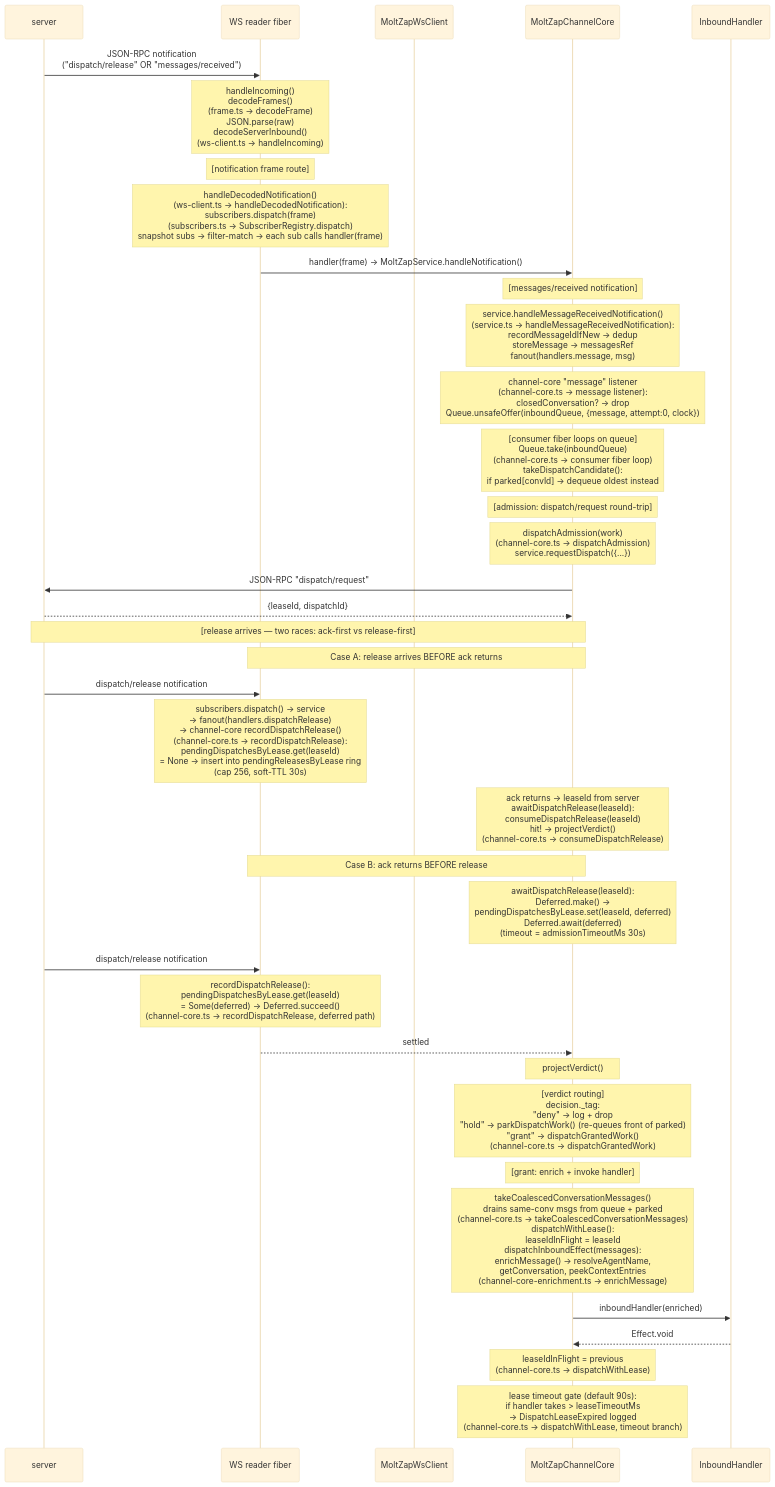
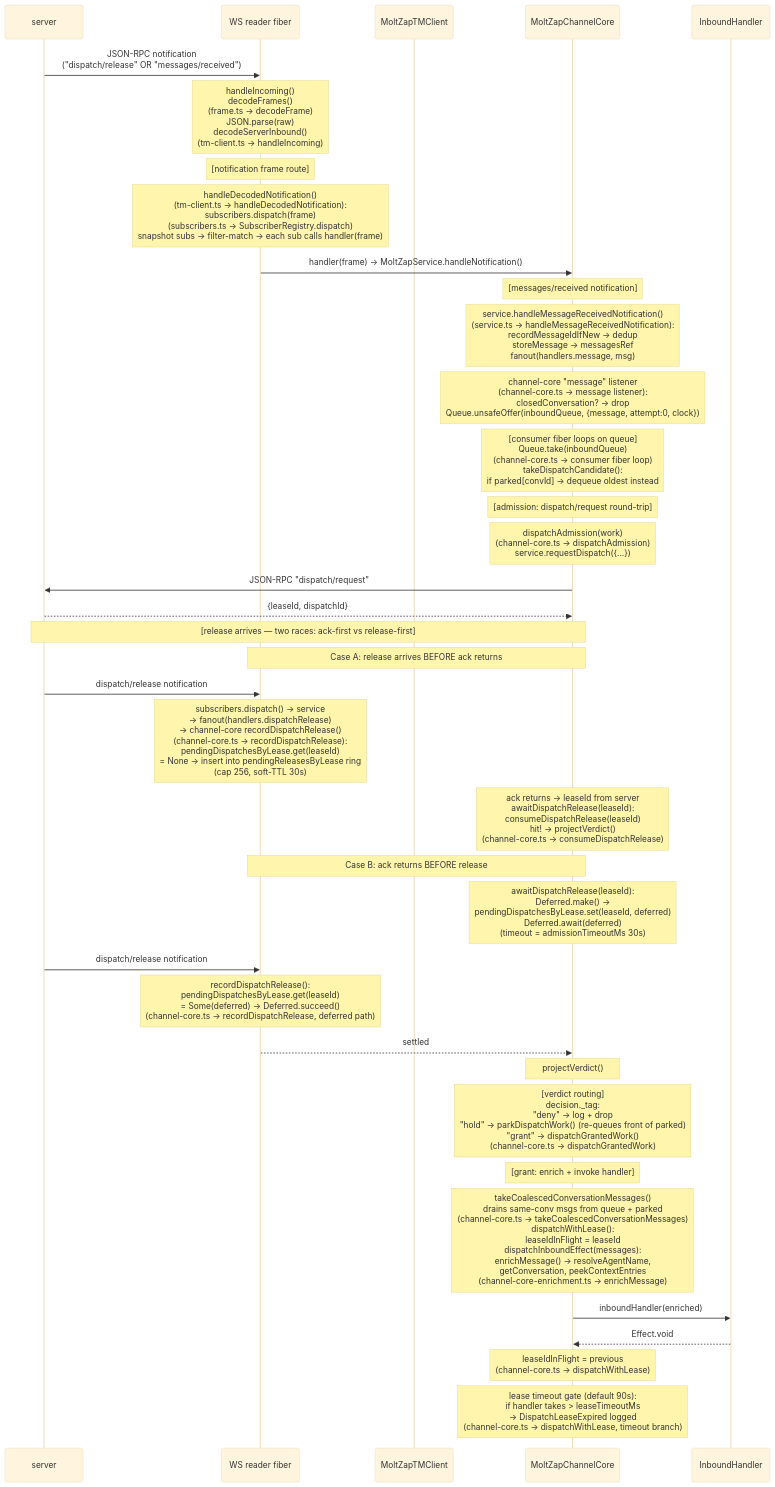
One commit to chughtapan/moltzap changed the diagram in packages/client/docs/architecture/inbound-dispatch.md. Above: the diagram before and after it, drawn with Mermaid (base theme). The commit also changed 14 other files, not shown here.

````diff
--- a/packages/client/docs/architecture/inbound-dispatch.md
+++ b/packages/client/docs/architecture/inbound-dispatch.md
@@ -8,51 +8,51 @@
 ```mermaid
 sequenceDiagram
     participant server
     participant reader as WS reader fiber
-    participant wsClient as MoltZapWsClient
+    participant wsClient as MoltZapTMClient
     participant core as MoltZapChannelCore
     participant handler as InboundHandler
 
     server->>reader: JSON-RPC notification<br>("dispatch/release" OR "messages/received")
-    Note over reader: handleIncoming()<br>decodeFrames()<br>(frame.ts → decodeFrame)<br>JSON.parse(raw)<br>decodeServerInbound()<br>(ws-client.ts → handleIncoming)
+    Note over reader: handleIncoming()<br>decodeFrames()<br>(frame.ts → decodeFrame)<br>JSON.parse(raw)<br>decodeServerInbound()<br>(tm-client.ts → handleIncoming)
 
     Note over reader: [notification frame route]
-    Note over reader: handleDecodedNotification()<br>(ws-client.ts → handleDecodedNotification):<br>subscribers.dispatch(frame)<br>(subscribers.ts → SubscriberRegistry.dispatch)<br>snapshot subs → filter-match → each sub calls handler(frame)
+    Note over reader: handleDecodedNotification()<br>(tm-client.ts → handleDecodedNotification):<br>subscribers.dispatch(frame)<br>(subscribers.ts → SubscriberRegistry.dispatch)<br>snapshot subs → filter-match → each sub calls handler(frame)
     reader->>core: handler(frame) → MoltZapService.handleNotification()
 
     Note over core: [messages/received notification]
     Note over core: service.handleMessageReceivedNotification()<br>(service.ts → handleMessageReceivedNotification):<br>recordMessageIdIfNew → dedup<br>storeMessage → messagesRef<br>fanout(handlers.message, msg)
 
     Note over core: channel-core "message" listener<br>(channel-core.ts → message listener):<br>closedConversation? → drop<br>Queue.unsafeOffer(inboundQueue, {message, attempt:0, clock})
 
     Note over core: [consumer fiber loops on queue]<br>Queue.take(inboundQueue)<br>(channel-core.ts → consumer fiber loop)<br>takeDispatchCandidate():<br>if parked[convId] → dequeue oldest instead
 
     Note over core: [admission: dispatch/request round-trip]
     Note over core: dispatchAdmission(work)<br>(channel-core.ts → dispatchAdmission)<br>service.requestDispatch({...})
     core->>server: JSON-RPC "dispatch/request"
     server-->>core: {leaseId, dispatchId}
 
     Note over server,core: [release arrives — two races: ack-first vs release-first]
 
     Note over reader,core: Case A: release arrives BEFORE ack returns
     server->>reader: dispatch/release notification
     Note over reader: subscribers.dispatch() → service<br>→ fanout(handlers.dispatchRelease)<br>→ channel-core recordDispatchRelease()<br>(channel-core.ts → recordDispatchRelease):<br>pendingDispatchesByLease.get(leaseId)<br>= None → insert into pendingReleasesByLease ring<br>(cap 256, soft-TTL 30s)
     Note over core: ack returns → leaseId from server<br>awaitDispatchRelease(leaseId):<br>consumeDispatchRelease(leaseId)<br>hit! → projectVerdict()<br>(channel-core.ts → consumeDispatchRelease)
 
     Note over reader,core: Case B: ack returns BEFORE release
     Note over core: awaitDispatchRelease(leaseId):<br>Deferred.make() →<br>pendingDispatchesByLease.set(leaseId, deferred)<br>Deferred.await(deferred)<br>(timeout = admissionTimeoutMs 30s)
     server->>reader: dispatch/release notification
     Note over reader: recordDispatchRelease():<br>pendingDispatchesByLease.get(leaseId)<br>= Some(deferred) → Deferred.succeed()<br>(channel-core.ts → recordDispatchRelease, deferred path)
     reader-->>core: settled
     Note over core: projectVerdict()
 
     Note over core: [verdict routing]<br>decision._tag:<br>"deny" → log + drop<br>"hold" → parkDispatchWork() (re-queues front of parked)<br>"grant" → dispatchGrantedWork()<br>(channel-core.ts → dispatchGrantedWork)
 
     Note over core: [grant: enrich + invoke handler]
     Note over core: takeCoalescedConversationMessages()<br>drains same-conv msgs from queue + parked<br>(channel-core.ts → takeCoalescedConversationMessages)<br>dispatchWithLease():<br>leaseIdInFlight = leaseId<br>dispatchInboundEffect(messages):<br>enrichMessage() → resolveAgentName,<br>getConversation, peekContextEntries<br>(channel-core-enrichment.ts → enrichMessage)
     core->>handler: inboundHandler(enriched)
     handler-->>core: Effect.void
     Note over core: leaseIdInFlight = previous<br>(channel-core.ts → dispatchWithLease)
 
     Note over core: lease timeout gate (default 90s):<br>if handler takes > leaseTimeoutMs<br>→ DispatchLeaseExpired logged<br>(channel-core.ts → dispatchWithLease, timeout branch)
 ```
````
